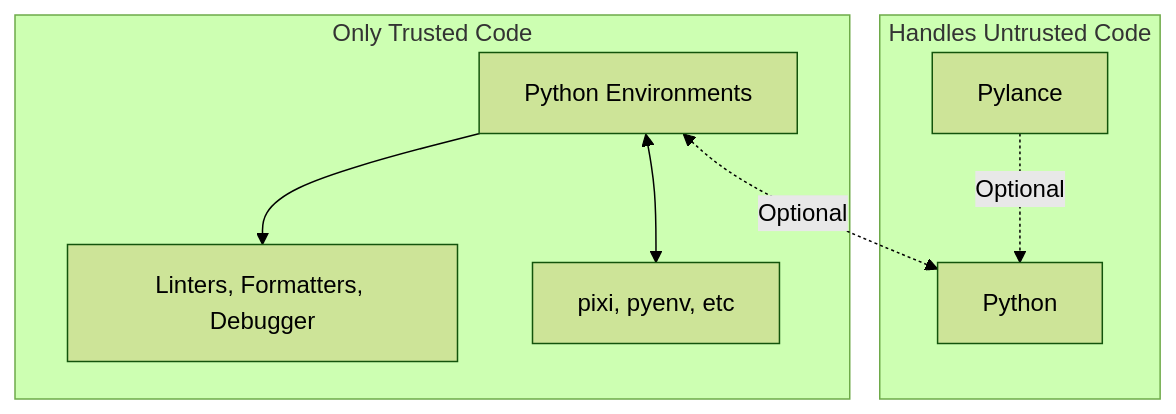
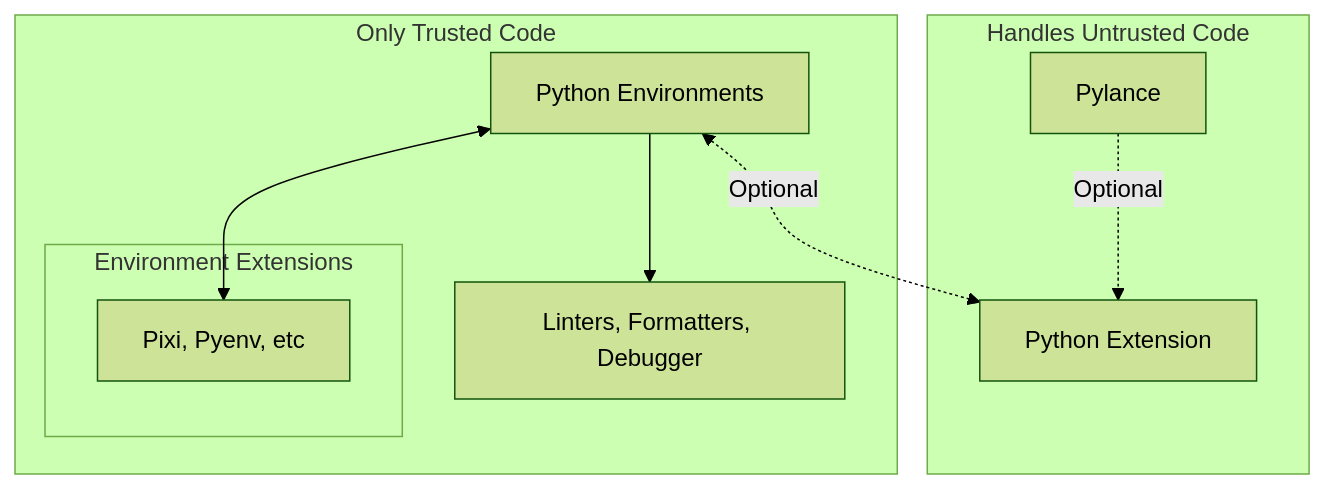
Before and after one commit to microsoft/vscode-python-environments: the second of 2 diagrams in README.md, drawn with Mermaid (forest theme). The commit also changed other lines of this file, not shown here.

````diff
--- a/README.md
+++ b/README.md
@@ -83,16 +102,18 @@
 ```mermaid
 graph TD
 
     subgraph Handles Untrusted Code
-    B[Python]
+    B[Python Extension]
     E[Pylance] -. Optional .-> B
     end
 
     subgraph Only Trusted Code
     A[Python Environments] <-. Optional .-> B
     C["Linters, Formatters, Debugger"]
     A --> C
     A <--> P
-    P["pixi, pyenv, etc"]
+    subgraph Environment Extensions
+    P["Pixi, Pyenv, etc"]
+    end
     end
 ```
````
